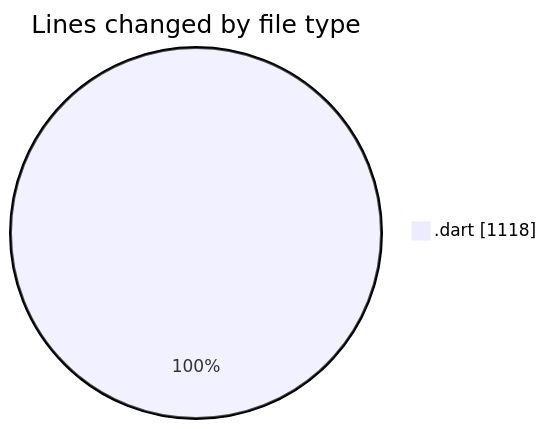
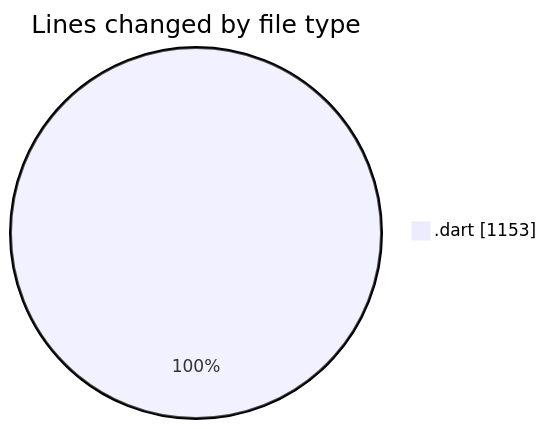
One commit to donsfak/code-tracking changed the first of 2 diagrams in 2025-04-10/trackers_app/README.md. Above: the diagram before and after it, drawn with Mermaid. The commit also changed other lines of this file and 1 other file, not shown here.

````diff
--- a/2025-04-10/trackers_app/README.md
+++ b/2025-04-10/trackers_app/README.md
@@ -34,5 +34,5 @@
 ```mermaid
 pie showData
 title Lines changed by file type
-".dart" : 1118
+".dart" : 1153
 ```
````
